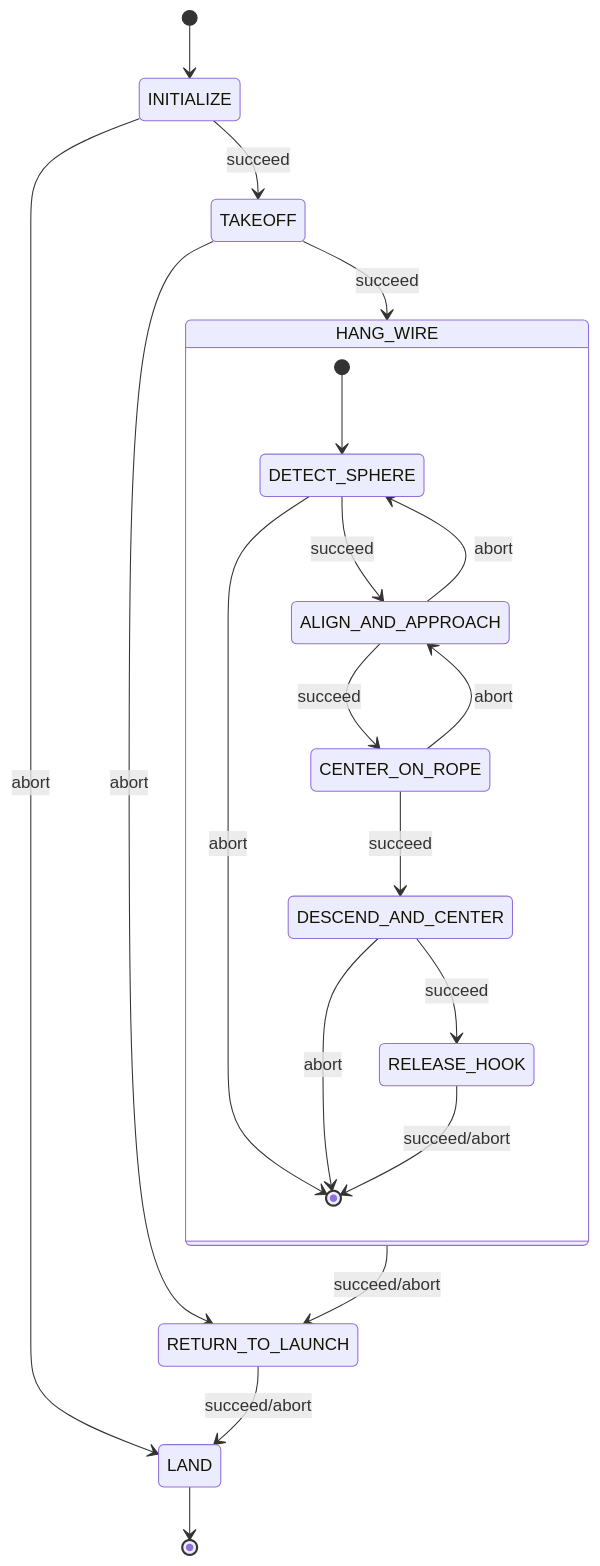
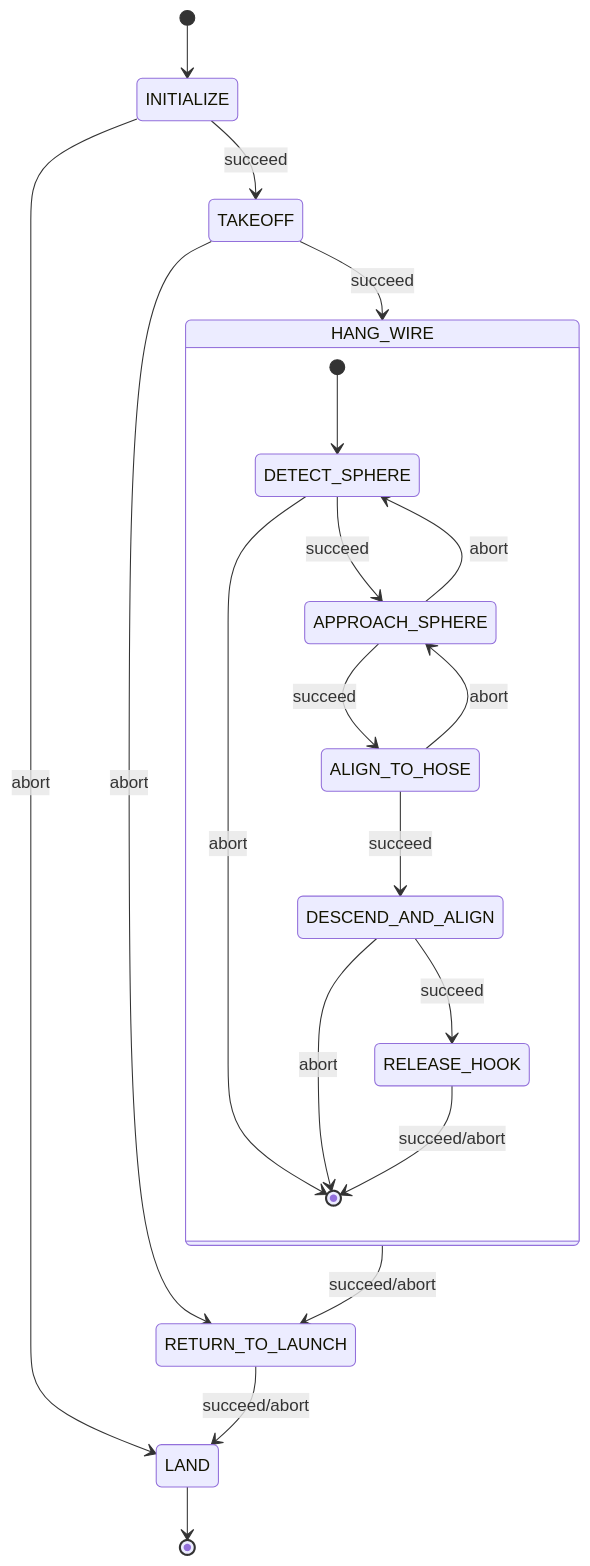
One commit to Black-Bee-Drones/SAE-2026 changed the diagram in hook/README.md. Above: the diagram before and after it, drawn with Mermaid. The commit also changed other lines of this file and 7 other files, not shown here.

Commit message:
refactor: restructure drone guidance strategy into two phases; implement sphere and hose alignment states, update descent logic, and remove deprecated centering state

````diff
--- a/hook/README.md
+++ b/hook/README.md
@@ -25,30 +24,30 @@
 ```mermaid
 stateDiagram-v2
     [*] --> INITIALIZE
     INITIALIZE --> TAKEOFF: succeed
     INITIALIZE --> LAND: abort
 
     TAKEOFF --> HANG_WIRE: succeed
     TAKEOFF --> RETURN_TO_LAUNCH: abort
 
     state HANG_WIRE {
         [*] --> DETECT_SPHERE
-        DETECT_SPHERE --> ALIGN_AND_APPROACH: succeed
+        DETECT_SPHERE --> APPROACH_SPHERE: succeed
         DETECT_SPHERE --> [*]: abort
 
-        ALIGN_AND_APPROACH --> CENTER_ON_ROPE: succeed
-        ALIGN_AND_APPROACH --> DETECT_SPHERE: abort
+        APPROACH_SPHERE --> ALIGN_TO_HOSE: succeed
+        APPROACH_SPHERE --> DETECT_SPHERE: abort
 
-        CENTER_ON_ROPE --> DESCEND_AND_CENTER: succeed
-        CENTER_ON_ROPE --> ALIGN_AND_APPROACH: abort
+        ALIGN_TO_HOSE --> DESCEND_AND_ALIGN: succeed
+        ALIGN_TO_HOSE --> APPROACH_SPHERE: abort
 
-        DESCEND_AND_CENTER --> RELEASE_HOOK: succeed
-        DESCEND_AND_CENTER --> [*]: abort
+        DESCEND_AND_ALIGN --> RELEASE_HOOK: succeed
+        DESCEND_AND_ALIGN --> [*]: abort
 
         RELEASE_HOOK --> [*]: succeed/abort
     }
 
     HANG_WIRE --> RETURN_TO_LAUNCH: succeed/abort
     RETURN_TO_LAUNCH --> LAND: succeed/abort
     LAND --> [*]
 ```
````
